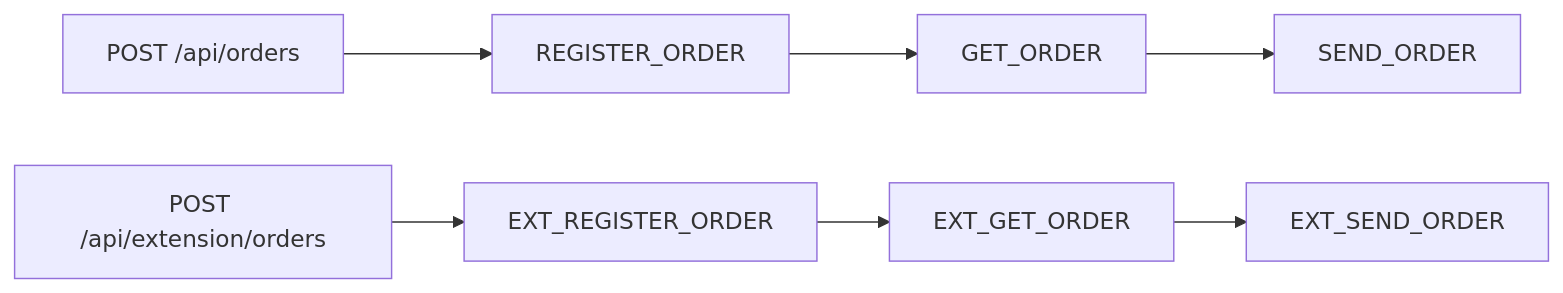
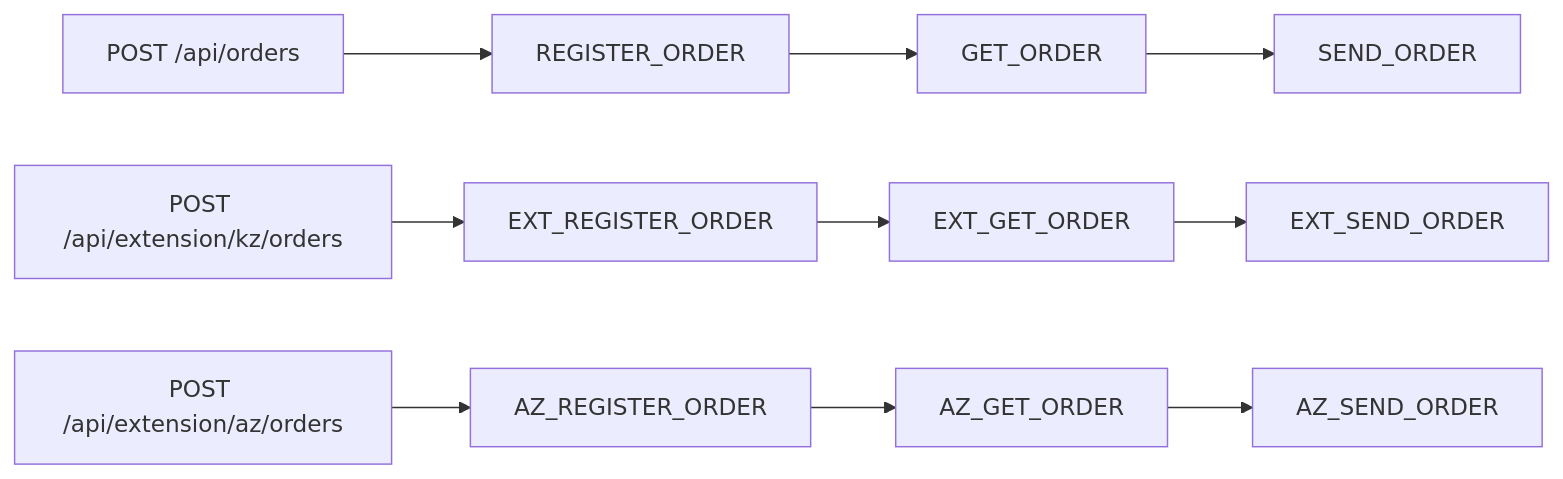
Before and after one commit to AbOvoUsqueAdMala/demo-lib-tasks: the diagram in README.md, drawn with Mermaid. The commit also changed other lines of this file and 62 other files, not shown here.

````diff
--- a/README.md
+++ b/README.md
@@ -108,9 +151,12 @@
 ```mermaid
 flowchart LR
     API[POST /api/orders] --> REGISTER[REGISTER_ORDER]
     REGISTER --> GET[GET_ORDER]
     GET --> SEND[SEND_ORDER]
-    EXT[POST /api/extension/orders] --> EREGISTER[EXT_REGISTER_ORDER]
-    EREGISTER --> EGET[EXT_GET_ORDER]
-    EGET --> ESEND[EXT_SEND_ORDER]
+    KZ[POST /api/extension/kz/orders] --> KREGISTER[EXT_REGISTER_ORDER]
+    KREGISTER --> KGET[EXT_GET_ORDER]
+    KGET --> KSEND[EXT_SEND_ORDER]
+    AZ[POST /api/extension/az/orders] --> AREGISTER[AZ_REGISTER_ORDER]
+    AREGISTER --> AGET[AZ_GET_ORDER]
+    AGET --> ASEND[AZ_SEND_ORDER]
 ```
````
